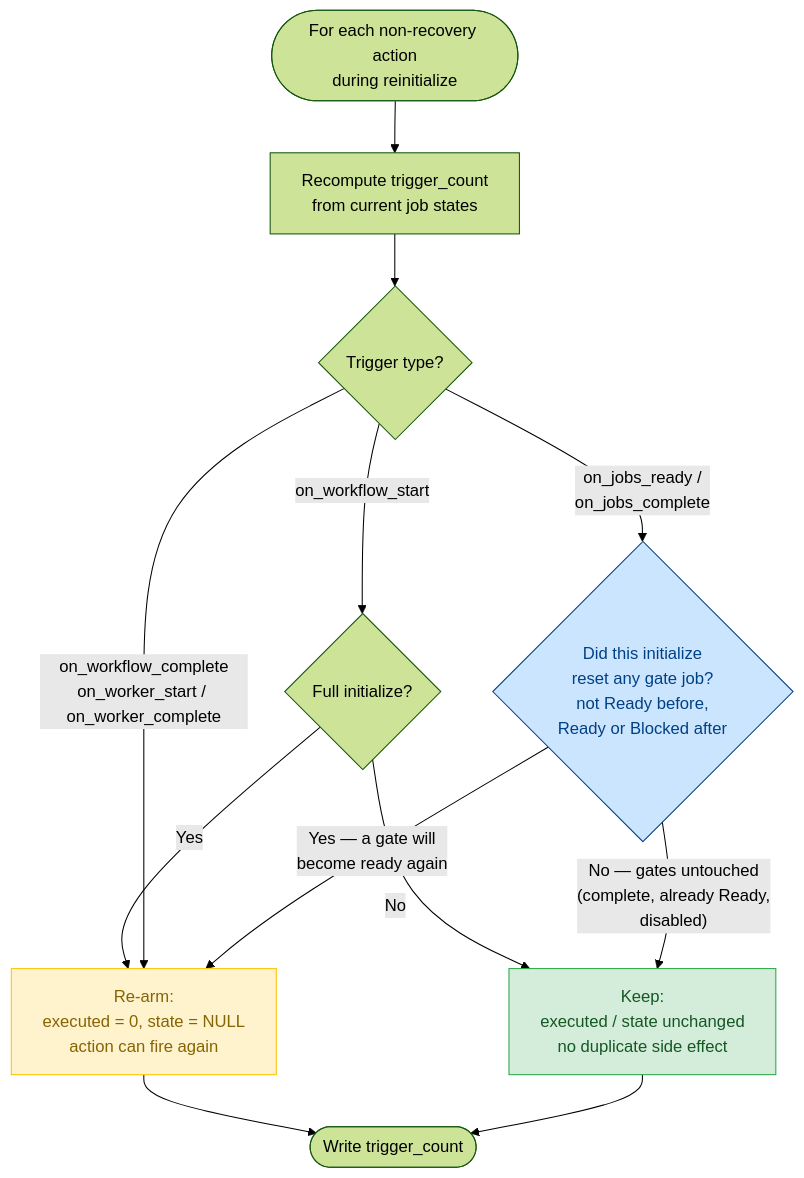
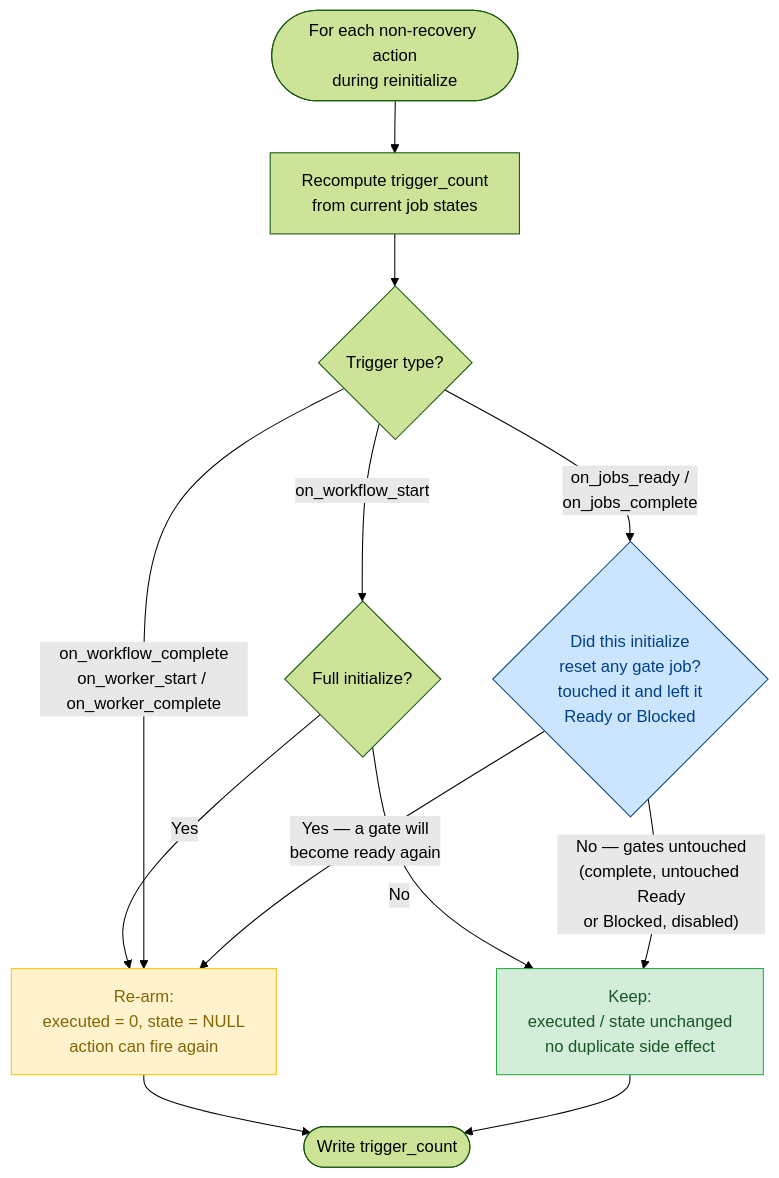
The diagram in docs/src/specialized/design/workflow-actions.md (NatLabRockies/torc), drawn with Mermaid (forest theme) before and after one commit. The commit also changed other lines of this file and 3 other files, not shown here.

First line of the commit message:
Track gates actually reset by initialize when re-arming actions

````diff
--- a/docs/src/specialized/design/workflow-actions.md
+++ b/docs/src/specialized/design/workflow-actions.md
@@ -406,24 +406,24 @@
 ```mermaid
 flowchart TD
     start([For each non-recovery action<br/>during reinitialize]) --> recompute[Recompute trigger_count<br/>from current job states]
     recompute --> trig{Trigger type?}
 
     trig -- on_workflow_start --> full{Full initialize?}
     full -- Yes --> rearm
     full -- No --> keep
     trig -- "on_workflow_complete<br/>on_worker_start / on_worker_complete" --> rearm
-    trig -- "on_jobs_ready /<br/>on_jobs_complete" --> reset{Did this initialize<br/>reset any gate job?<br/>not Ready before,<br/>Ready or Blocked after}
+    trig -- "on_jobs_ready /<br/>on_jobs_complete" --> reset{Did this initialize<br/>reset any gate job?<br/>touched it and left it<br/>Ready or Blocked}
 
-    reset -- "No — gates untouched<br/>(complete, already Ready,<br/>disabled)" --> keep
+    reset -- "No — gates untouched<br/>(complete, untouched Ready<br/>or Blocked, disabled)" --> keep
     reset -- "Yes — a gate will<br/>become ready again" --> rearm
 
     rearm[Re-arm:<br/>executed = 0, state = NULL<br/>action can fire again]
     keep[Keep:<br/>executed / state unchanged<br/>no duplicate side effect]
 
     rearm --> done([Write trigger_count])
     keep --> done
 
     style keep fill:#d4edda,stroke:#28a745,color:#155724
     style rearm fill:#fff3cd,stroke:#ffc107,color:#856404
     style reset fill:#cce5ff,stroke:#004085,color:#004085
 ```
````
